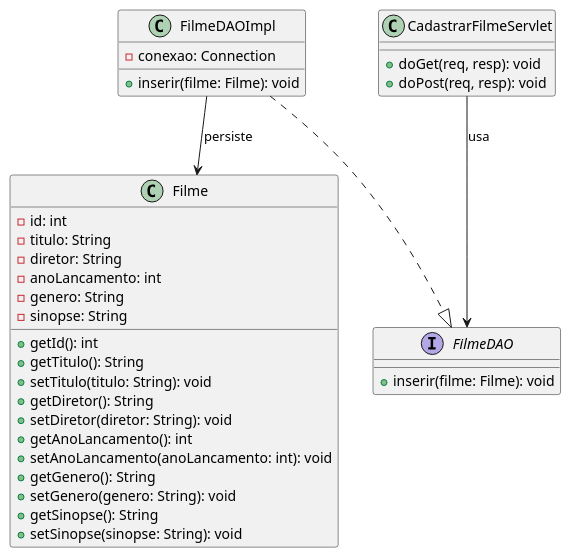
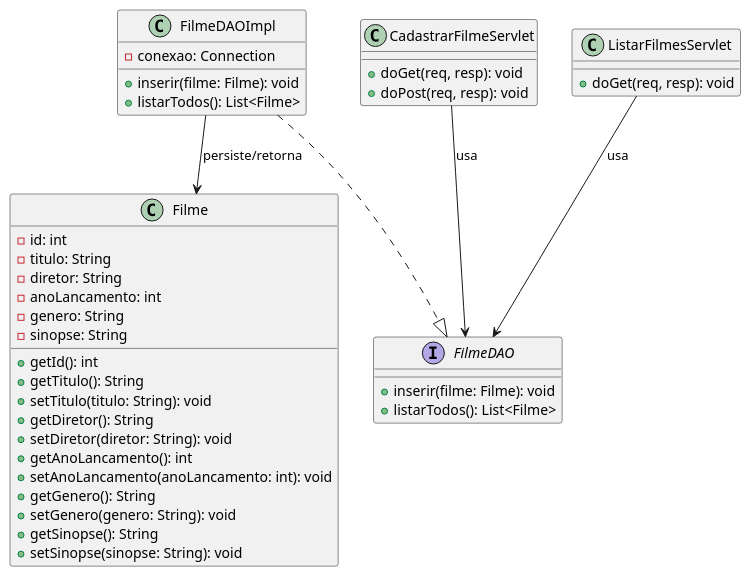
Before and after one commit to 0xgabinio/Projeto_Java: the diagram in docs/modelagem/diagrama-classes-geral.puml, drawn with PlantUML.

Commit message:
docs(modelagem): add listarTodos() and ListarFilmesServlet to class diagram

```diff
--- a/docs/modelagem/diagrama-classes-geral.puml
+++ b/docs/modelagem/diagrama-classes-geral.puml
@@ -1,44 +1,51 @@
 @startuml diagrama-classes-geral
 ' Diagrama de classes consolidado do Catálogo Simples de Filmes.
 ' Acumulado incrementalmente pela skill modelar-uml a cada spec modelada.
-' Origem desta versão: specs/cadastrar-filme.md.
+' Origem desta versão: specs/cadastrar-filme.md, specs/listar-filmes.md.
 
 class Filme {
   -id: int
   -titulo: String
   -diretor: String
   -anoLancamento: int
   -genero: String
   -sinopse: String
   +getId(): int
   +getTitulo(): String
   +setTitulo(titulo: String): void
   +getDiretor(): String
   +setDiretor(diretor: String): void
   +getAnoLancamento(): int
   +setAnoLancamento(anoLancamento: int): void
   +getGenero(): String
   +setGenero(genero: String): void
   +getSinopse(): String
   +setSinopse(sinopse: String): void
 }
 
 interface FilmeDAO {
   +inserir(filme: Filme): void
+  +listarTodos(): List<Filme>
 }
 
 class FilmeDAOImpl {
   -conexao: Connection
   +inserir(filme: Filme): void
+  +listarTodos(): List<Filme>
 }
 
 class CadastrarFilmeServlet {
   +doGet(req, resp): void
   +doPost(req, resp): void
 }
 
+class ListarFilmesServlet {
+  +doGet(req, resp): void
+}
+
 FilmeDAOImpl ..|> FilmeDAO
 CadastrarFilmeServlet --> FilmeDAO : usa
-FilmeDAOImpl --> Filme : persiste
+ListarFilmesServlet --> FilmeDAO : usa
+FilmeDAOImpl --> Filme : persiste/retorna
 
 @enduml
```
